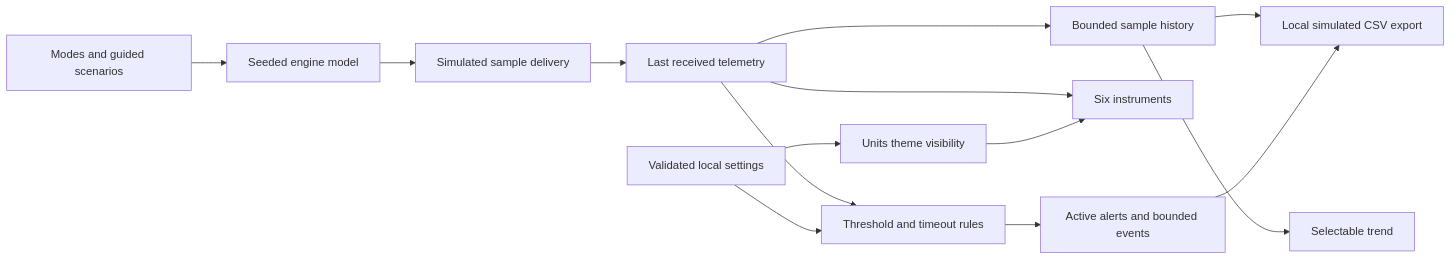
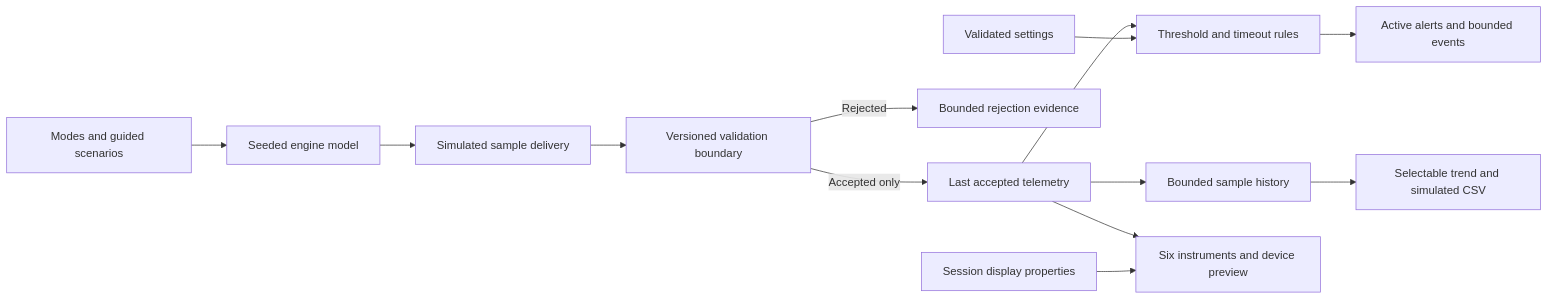
One commit to CloudWizardBoricua/cobalt-instrument-studio changed the second of 2 diagrams in README.md. Above: the diagram before and after it, drawn with Mermaid. The commit also changed other lines of this file and 63 other files, not shown here.

````diff
--- a/README.md
+++ b/README.md
@@ -57,16 +105,15 @@
 ```mermaid
 flowchart LR
   Commands[Modes and guided scenarios] --> Model[Seeded engine model]
   Model --> Transport[Simulated sample delivery]
-  Transport --> Received[Last received telemetry]
+  Transport --> Contract[Versioned validation boundary]
+  Contract -->|Accepted only| Received[Last accepted telemetry]
+  Contract -->|Rejected| Validation[Bounded rejection evidence]
   Received --> Diagnostics[Threshold and timeout rules]
   Received --> History[Bounded sample history]
-  Received --> Gauges[Six instruments]
-  History --> Trend[Selectable trend]
+  Received --> Gauges[Six instruments and device preview]
+  History --> Trend[Selectable trend and simulated CSV]
   Diagnostics --> Alerts[Active alerts and bounded events]
-  Settings[Validated local settings] --> Diagnostics
-  Settings --> Display[Units theme visibility]
-  Display --> Gauges
-  History --> CSV[Local simulated CSV export]
-  Alerts --> CSV
+  Settings[Validated settings] --> Diagnostics
+  Display[Session display properties] --> Gauges
 ```
````
